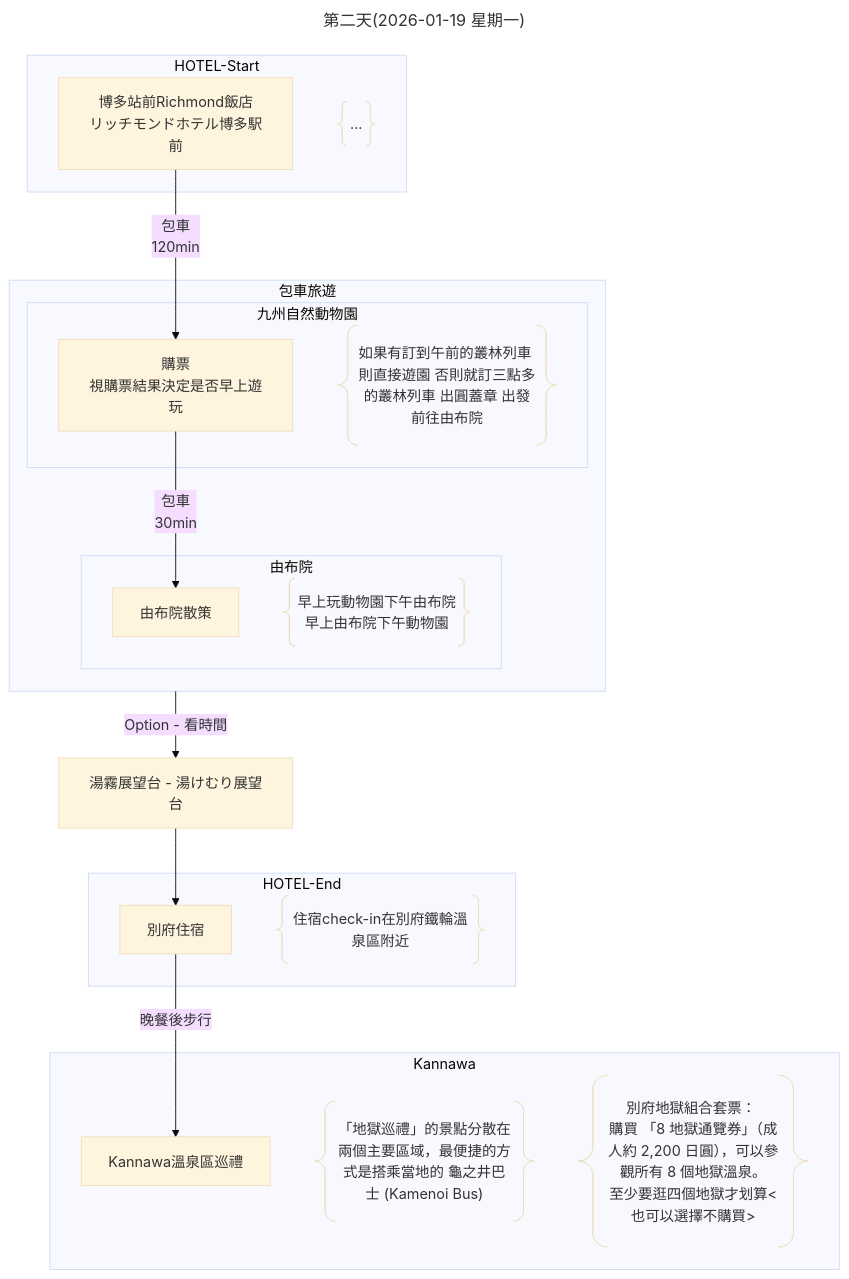
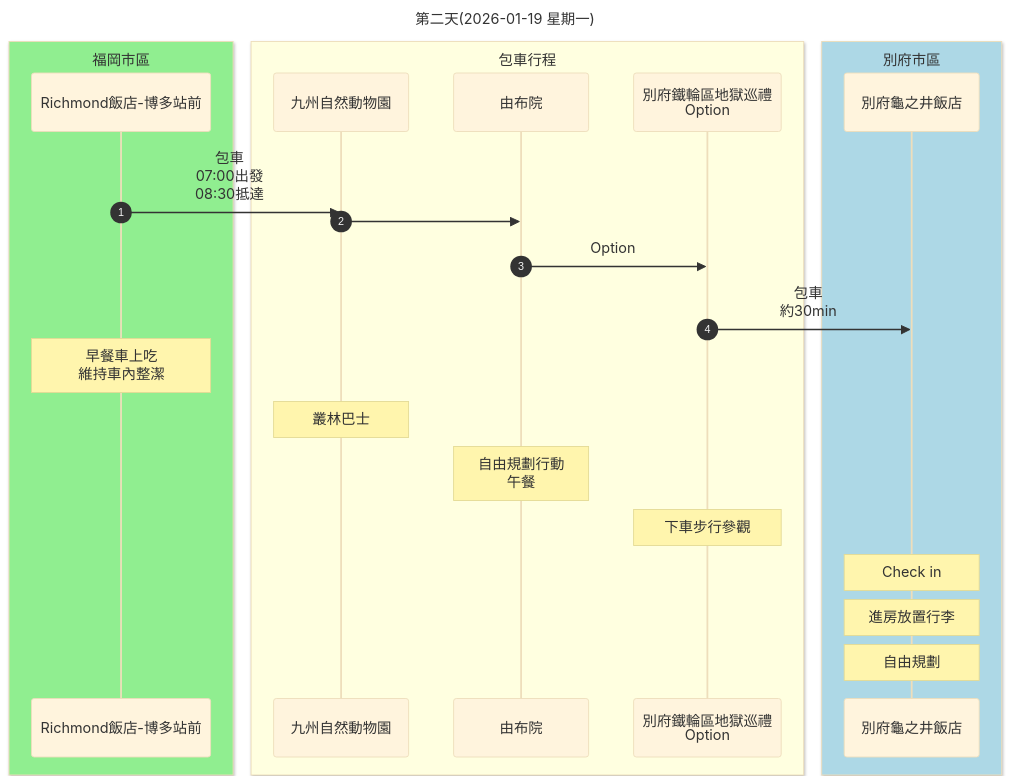
Before and after one commit to Shuming-Yang/2026-January-Trip: the second of 6 diagrams in 行程規劃A.md, drawn with Mermaid (base theme). The commit also changed other lines of this file, not shown here.

````diff
--- a/行程規劃A.md
+++ b/行程規劃A.md
@@ -79,35 +72,28 @@
 ```mermaid
----
-title: 第二天(2026-01-19 星期一)
----
-flowchart
-    subgraph HOTEL-Start
-        A[博多站前Richmond飯店<br>リッチモンドホテル博多駅前]
-        A1@{ shape: braces, label: "..." }
+sequenceDiagram
+    autonumber
+    title: 第二天(2026-01-19 星期一)
+    box lightgreen 福岡市區
+    participant A as Richmond飯店-博多站前
     end
-    subgraph 包車旅遊
-        subgraph 九州自然動物園
-            B[購票<br>視購票結果決定是否早上遊玩]
-            B1@{ shape: braces, label: "如果有訂到午前的叢林列車 則直接遊園 否則就訂三點多的叢林列車 出圓蓋章 出發前往由布院" }
-        end
-        subgraph 由布院
-            C[由布院散策]
-            C1@{ shape: braces, label: "早上玩動物園下午由布院<br>早上由布院下午動物園" }
-        end
+    box lightyellow 包車行程
+    participant B as 九州自然動物園
+    participant C as 由布院
+    participant D as 別府鐵輪區地獄巡禮<br>Option
     end
-    F[湯霧展望台 - 湯けむり展望台]
-    subgraph HOTEL-End
-        D[別府住宿]
-        D1@{ shape: braces, label: "住宿check-in在別府鐵輪溫泉區附近" }
+    box lightblue 別府市區
+    participant E as 別府龜之井飯店
     end
-    subgraph Kannawa
-        E[Kannawa溫泉區巡禮]
-        E1@{ shape: braces, label: "「地獄巡禮」的景點分散在兩個主要區域，最便捷的方式是搭乘當地的 龜之井巴士 (Kamenoi Bus)"}
-        E2@{ shape: braces, label: "別府地獄組合套票： <br>購買 「8 地獄通覽券」（成人約 2,200 日圓），可以參觀所有 8 個地獄溫泉。<br>至少要逛四個地獄才划算<也可以選擇不購買>"}
-    end
-    A --> |包車<br>120min| B
-    B --> |包車<br>30min| C
-    包車旅遊 --> | Option - 看時間 | F
-    F --> D
-    D --> |晚餐後步行| E
+
+    A ->> B: 包車<br>07:00出發<br>08:30抵達
+    B ->> C: 
+    C ->> D: Option
+    D ->> E: 包車<br>約30min
+    Note over A: 早餐車上吃<br>維持車內整潔
+    Note over B: 叢林巴士
+    Note over C: 自由規劃行動<br>午餐
+    Note over D: 下車步行參觀
+    Note over E: Check in
+    Note over E: 進房放置行李
+    Note over E: 自由規劃
 ```
````
